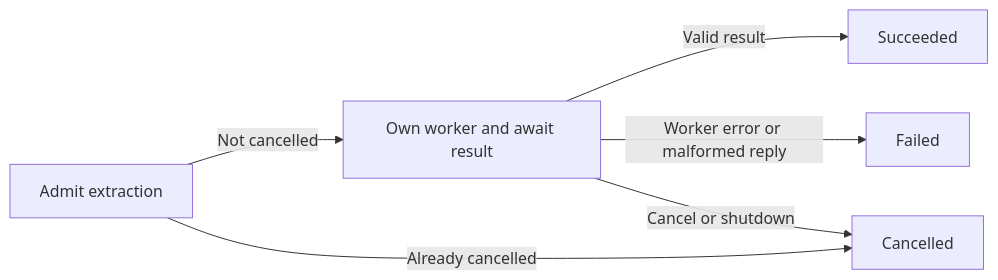
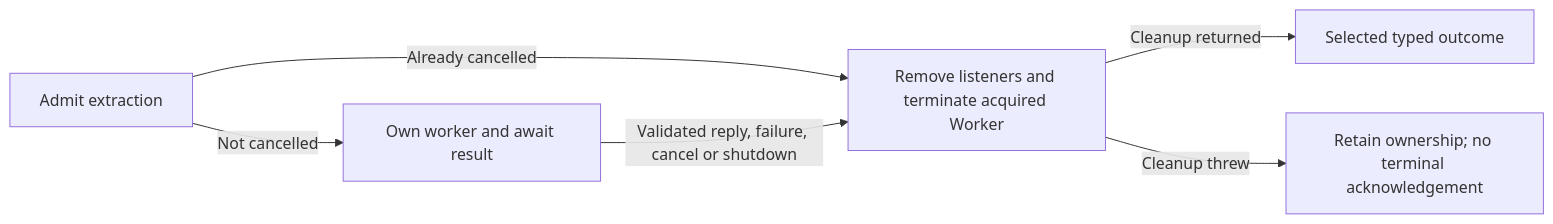
Before and after one commit to delightful-labs/delightful-clipper: the fifth of 5 diagrams in specs/001-jazz-clipper/workflow-ownership-hardening.md, drawn with Mermaid. The commit also changed other lines of this file and 20 other files, not shown here.

````diff
--- a/specs/001-jazz-clipper/workflow-ownership-hardening.md
+++ b/specs/001-jazz-clipper/workflow-ownership-hardening.md
@@ -451,8 +451,8 @@
 ```mermaid
 flowchart LR
     Admit[Admit extraction] -->|Not cancelled| Waiting[Own worker and await result]
-    Admit -->|Already cancelled| Cancelled[Cancelled]
-    Waiting -->|Valid result| Success[Succeeded]
-    Waiting -->|Worker error or malformed reply| Failed[Failed]
-    Waiting -->|Cancel or shutdown| Cancelled
+    Admit -->|Already cancelled| Cleanup[Remove listeners and terminate acquired Worker]
+    Waiting -->|Validated reply, failure, cancel or shutdown| Cleanup
+    Cleanup -->|Cleanup returned| Settled[Selected typed outcome]
+    Cleanup -->|Cleanup threw| Blocked[Retain ownership; no terminal acknowledgement]
 ```
````
